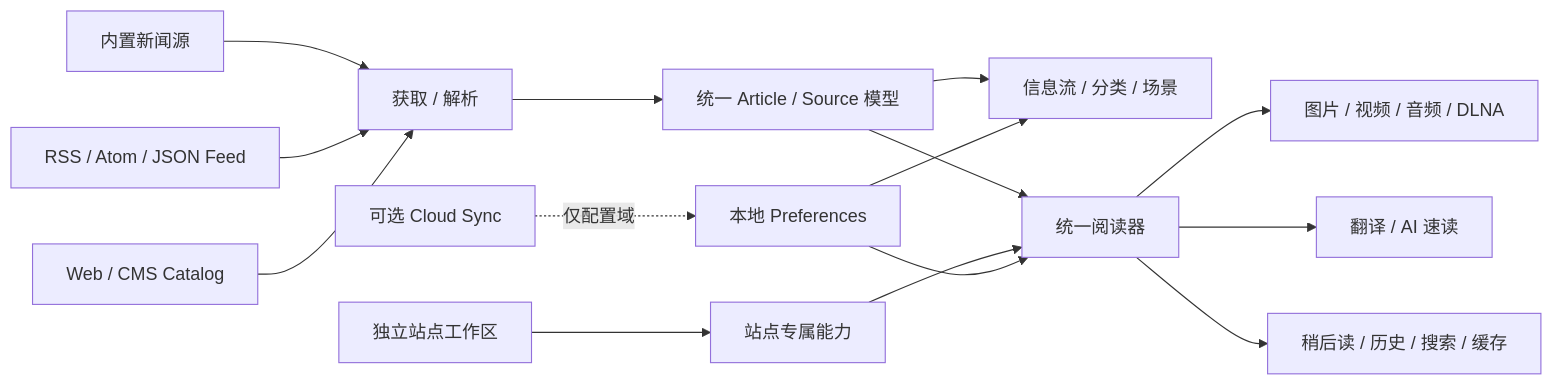
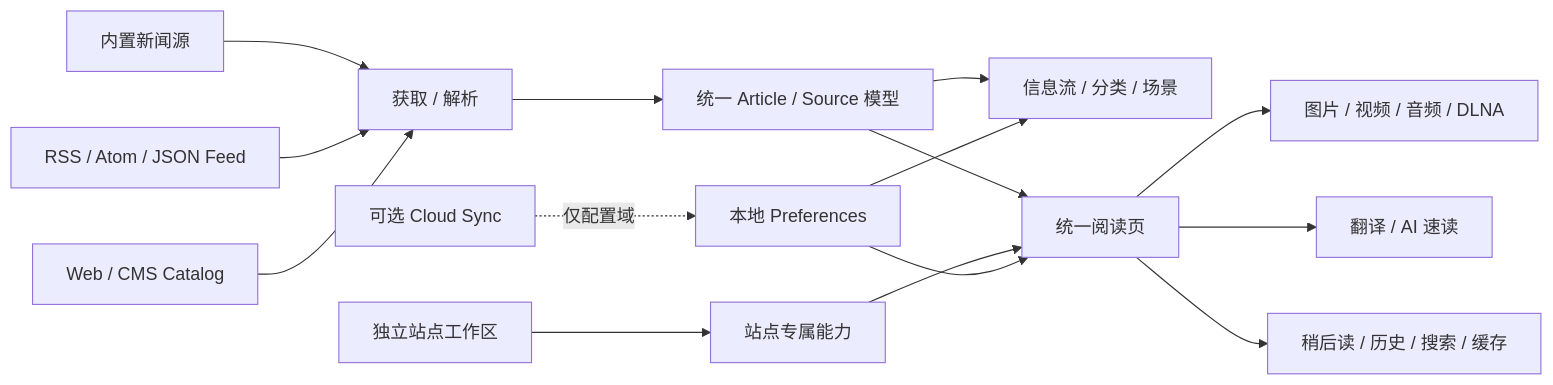
Before and after one commit to IamNewHands/newsnook-ios: the diagram in README.md, drawn with Mermaid. The commit also changed other lines of this file and 877 other files, not shown here.

```diff
--- a/README.md
+++ b/README.md
@@ -490,22 +453,22 @@
 ~~~mermaid
 flowchart LR
     A["内置新闻源"] --> F["获取 / 解析"]
     B["RSS / Atom / JSON Feed"] --> F
     C["Web / CMS Catalog"] --> F
     D["独立站点工作区"] --> W["站点专属能力"]
 
     F --> N["统一 Article / Source 模型"]
     N --> L["信息流 / 分类 / 场景"]
-    N --> R["统一阅读器"]
+    N --> R["统一阅读页"]
 
     W --> R
 
     R --> M["图片 / 视频 / 音频 / DLNA"]
     R --> T["翻译 / AI 速读"]
     R --> P["稍后读 / 历史 / 搜索 / 缓存"]
 
     S["本地 Preferences"] --> L
     S --> R
 
     O["可选 Cloud Sync"] -. "仅配置域" .-> S
 ~~~
```
